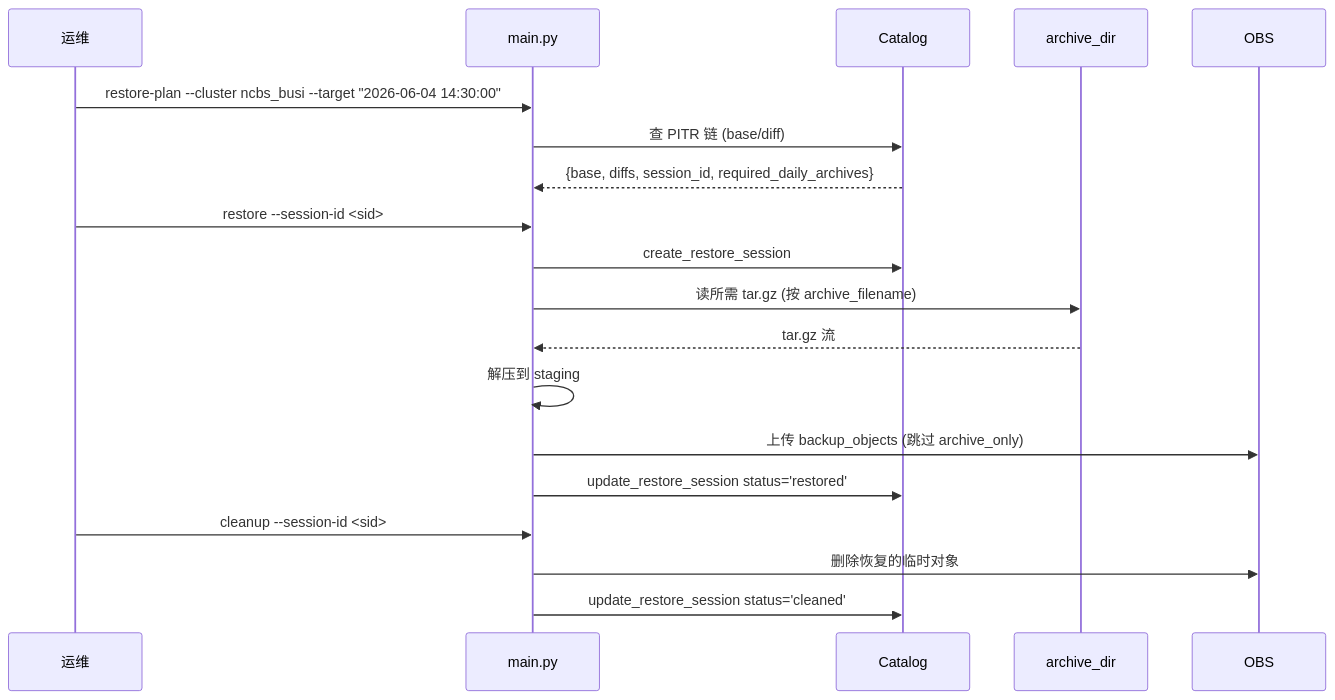
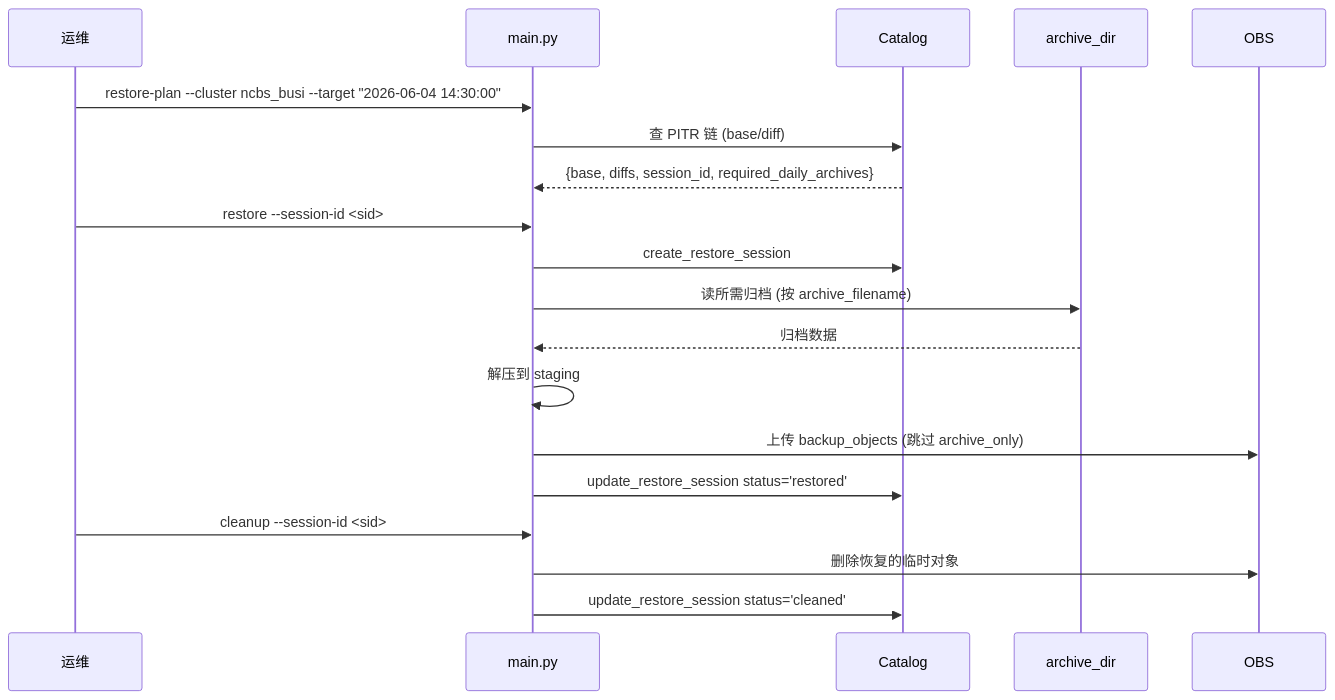
One commit to opswm/gaussdb-obs-tape-archive changed the second of 2 diagrams in README.md. Above: the diagram before and after it, drawn with Mermaid. The commit also changed other lines of this file, not shown here.

First line of the commit message:
docs: full README rewrite — daily/weekly parity, 148 tests, 12 CLI, compress control

````diff
--- a/README.md
+++ b/README.md
@@ -190,22 +216,22 @@
 ```mermaid
 sequenceDiagram
     participant Op as 运维
     participant CLI as main.py
     participant Cat as Catalog
     participant AD as archive_dir
     participant OBS as OBS
 
     Op->>CLI: restore-plan --cluster ncbs_busi --target "2026-06-04 14:30:00"
     CLI->>Cat: 查 PITR 链 (base/diff)
     Cat-->>CLI: {base, diffs, session_id, required_daily_archives}
     Op->>CLI: restore --session-id <sid>
     CLI->>Cat: create_restore_session
-    CLI->>AD: 读所需 tar.gz (按 archive_filename)
-    AD-->>CLI: tar.gz 流
+    CLI->>AD: 读所需归档 (按 archive_filename)
+    AD-->>CLI: 归档数据
     CLI->>CLI: 解压到 staging
     CLI->>OBS: 上传 backup_objects (跳过 archive_only)
     CLI->>Cat: update_restore_session status='restored'
     Op->>CLI: cleanup --session-id <sid>
     CLI->>OBS: 删除恢复的临时对象
     CLI->>Cat: update_restore_session status='cleaned'
 ```
````
